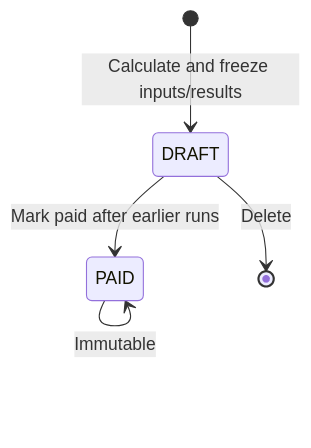
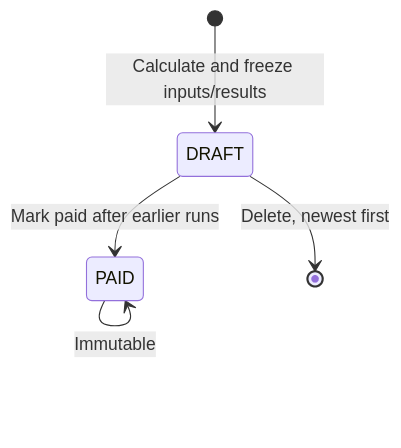
Before and after one commit to norbital-ai/templates: the second of 2 diagrams in hr-payroll/docs/architecture.md, drawn with Mermaid. The commit also changed other lines of this file and 82 other files, not shown here.

````diff
--- a/hr-payroll/docs/architecture.md
+++ b/hr-payroll/docs/architecture.md
@@ -193,7 +204,7 @@
 ```mermaid
 stateDiagram-v2
     [*] --> DRAFT: Calculate and freeze inputs/results
     DRAFT --> PAID: Mark paid after earlier runs
-    DRAFT --> [*]: Delete
+    DRAFT --> [*]: Delete, newest first
     PAID --> PAID: Immutable
 ```
````
